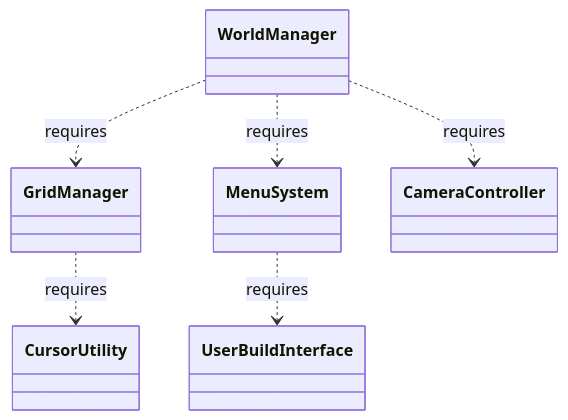
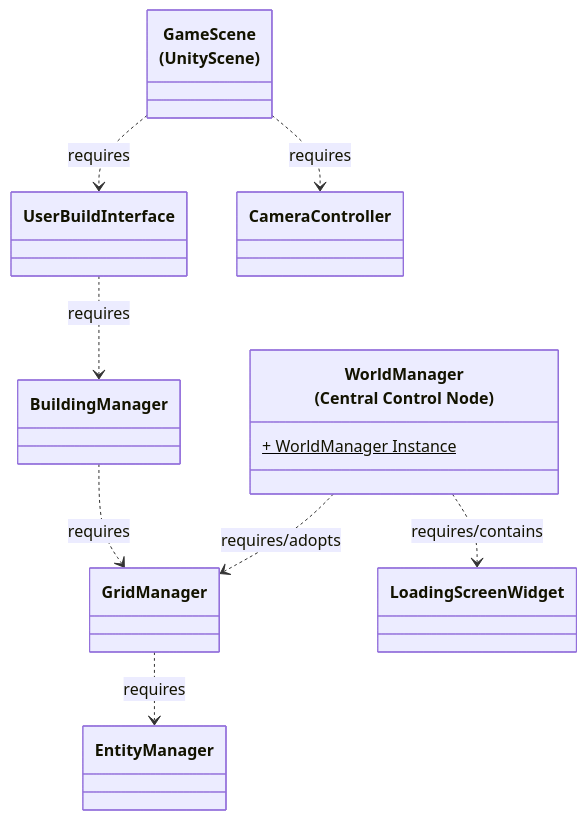
One commit to Gruppe-8-PIP-2025/projekt changed the first of 2 diagrams in README.md. Above: the diagram before and after it, drawn with Mermaid.

````diff
--- a/README.md
+++ b/README.md
@@ -4,11 +4,22 @@
 ```mermaid
 classDiagram
 
-WorldManager ..> GridManager : requires
-WorldManager ..> MenuSystem : requires
-WorldManager ..> CameraController : requires
+class GameScene["GameScene<br/>(UnityScene)"]
 
-MenuSystem ..> UserBuildInterface : requires
+class WorldManager["WorldManager<br/>(Central Control Node)"] {
+ + WorldManager Instance$
+}
 
-GridManager ..> CursorUtility : requires
+%%%GameScene ..> WorldManager : requires
+GameScene ..> UserBuildInterface : requires
+GameScene ..> CameraController : requires
+
+WorldManager ..> GridManager : requires/adopts
+WorldManager ..> LoadingScreenWidget : requires/contains
+
+UserBuildInterface ..> BuildingManager : requires
+
+BuildingManager ..> GridManager : requires
+
+GridManager ..> EntityManager : requires
 ```
````
